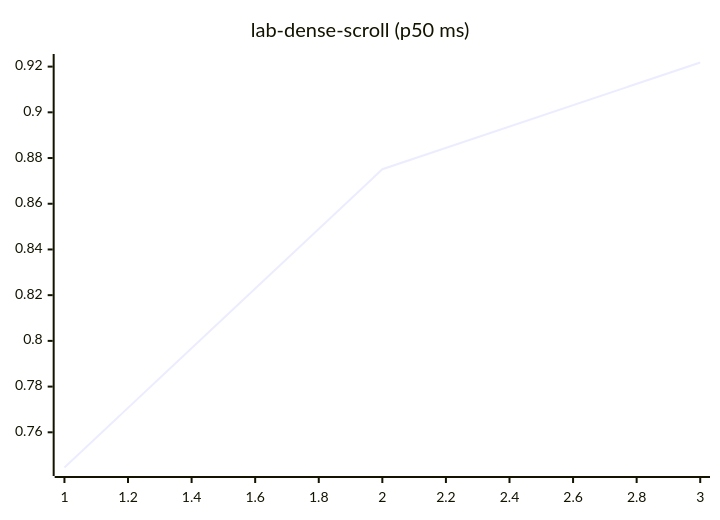
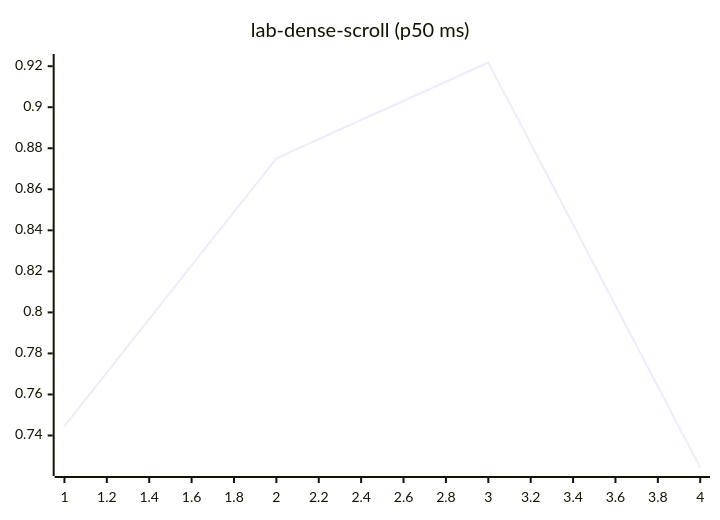
Diagram 12 of 27 in README.md (josha/Facet), drawn with Mermaid before and after one commit. The commit also changed other lines of this file and 2 other files, not shown here.

````diff
--- a/README.md
+++ b/README.md
@@ -140,6 +140,6 @@
 ```mermaid
 xychart-beta
     title "lab-dense-scroll (p50 ms)"
-    x-axis 1 --> 3
-    line [0.7446, 0.8751, 0.9218]
+    x-axis 1 --> 4
+    line [0.7446, 0.8751, 0.9218, 0.7244]
 ```
````
